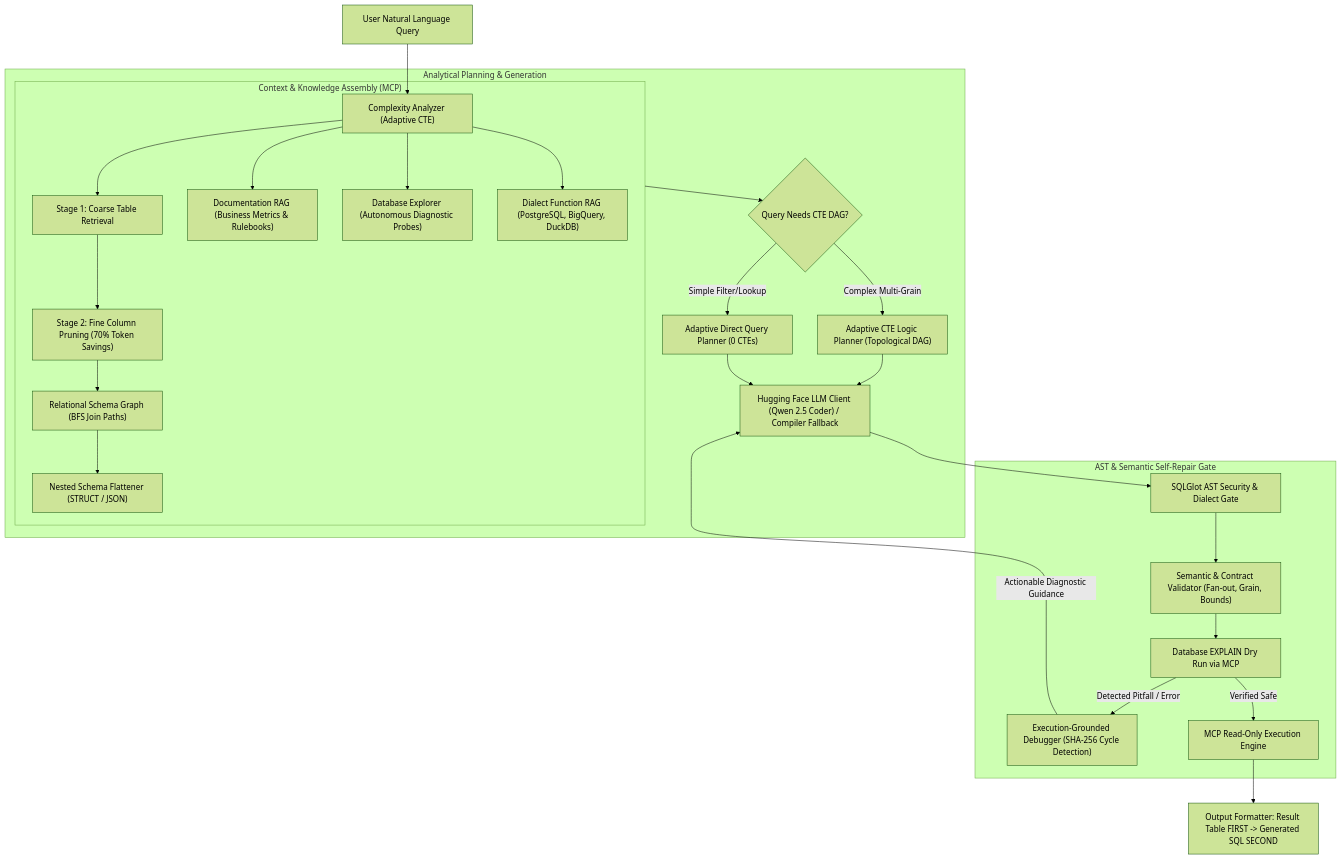
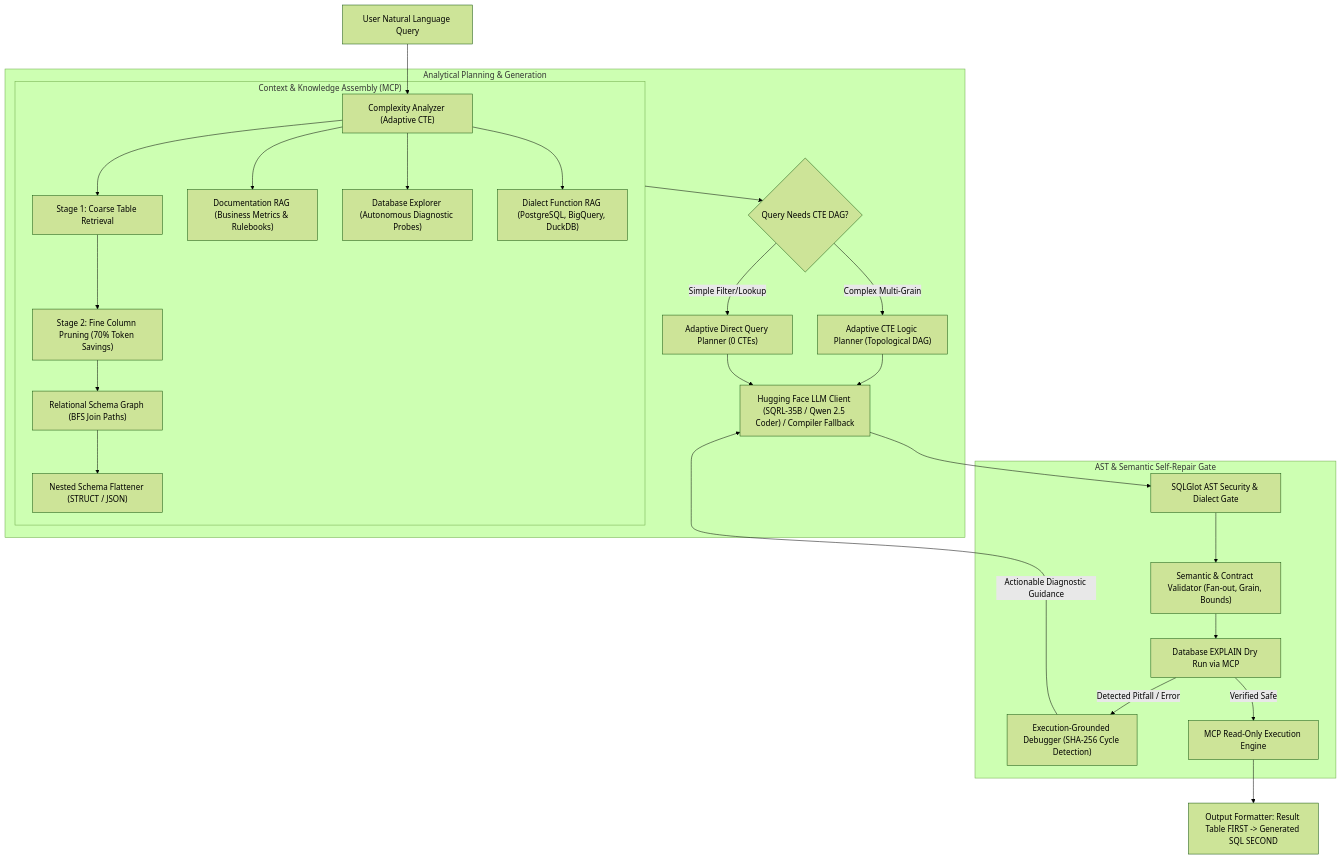
One commit to FrankY-afk/text_to_sql changed the diagram in docs/MENTOR_PROGRESS_REPORT.md. Above: the diagram before and after it, drawn with Mermaid (forest theme). The commit also changed other lines of this file and 2 other files, not shown here.

Commit message:
docs: remove IEEE draft files from project and sync SQRL architecture in README

````diff
--- a/docs/MENTOR_PROGRESS_REPORT.md
+++ b/docs/MENTOR_PROGRESS_REPORT.md
@@ -32,37 +32,37 @@
 ```mermaid
 flowchart TD
     UserQuery["User Natural Language Query"] --> IntentRouter["Complexity Analyzer (Adaptive CTE)"]
     
     subgraph ContextAssembly["Context & Knowledge Assembly (MCP)"]
         IntentRouter --> Stage1Table["Stage 1: Coarse Table Retrieval"]
         Stage1Table --> Stage2Col["Stage 2: Fine Column Pruning (70% Token Savings)"]
         Stage2Col --> SchemaGraph["Relational Schema Graph (BFS Join Paths)"]
         SchemaGraph --> Flattener["Nested Schema Flattener (STRUCT / JSON)"]
         
         IntentRouter --> DocRAG["Documentation RAG (Business Metrics & Rulebooks)"]
         IntentRouter --> DBExplorer["Database Explorer (Autonomous Diagnostic Probes)"]
         IntentRouter --> DialectRAG["Dialect Function RAG (PostgreSQL, BigQuery, DuckDB)"]
     end
     
     subgraph PlanGeneration["Analytical Planning & Generation"]
         ContextAssembly --> PlannerDecision{"Query Needs CTE DAG?"}
         PlannerDecision -->|Complex Multi-Grain| CTEPlan["Adaptive CTE Logic Planner (Topological DAG)"]
         PlannerDecision -->|Simple Filter/Lookup| DirectPlan["Adaptive Direct Query Planner (0 CTEs)"]
         
-        CTEPlan --> LLMGen["Hugging Face LLM Client (Qwen 2.5 Coder) / Compiler Fallback"]
+        CTEPlan --> LLMGen["Hugging Face LLM Client (SQRL-35B / Qwen 2.5 Coder) / Compiler Fallback"]
         DirectPlan --> LLMGen
     end
     
     subgraph VerificationRepair["AST & Semantic Self-Repair Gate"]
         LLMGen --> ASTGate["SQLGlot AST Security & Dialect Gate"]
         ASTGate --> SemGate["Semantic & Contract Validator (Fan-out, Grain, Bounds)"]
         SemGate --> ExplainDryRun["Database EXPLAIN Dry Run via MCP"]
         
         ExplainDryRun -->|Detected Pitfall / Error| Debugger["Execution-Grounded Debugger (SHA-256 Cycle Detection)"]
         Debugger -->|Actionable Diagnostic Guidance| LLMGen
         
         ExplainDryRun -->|Verified Safe| ControlledExec["MCP Read-Only Execution Engine"]
     end
     
     ControlledExec --> OutputOrder["Output Formatter: Result Table FIRST -> Generated SQL SECOND"]
 ```
````
